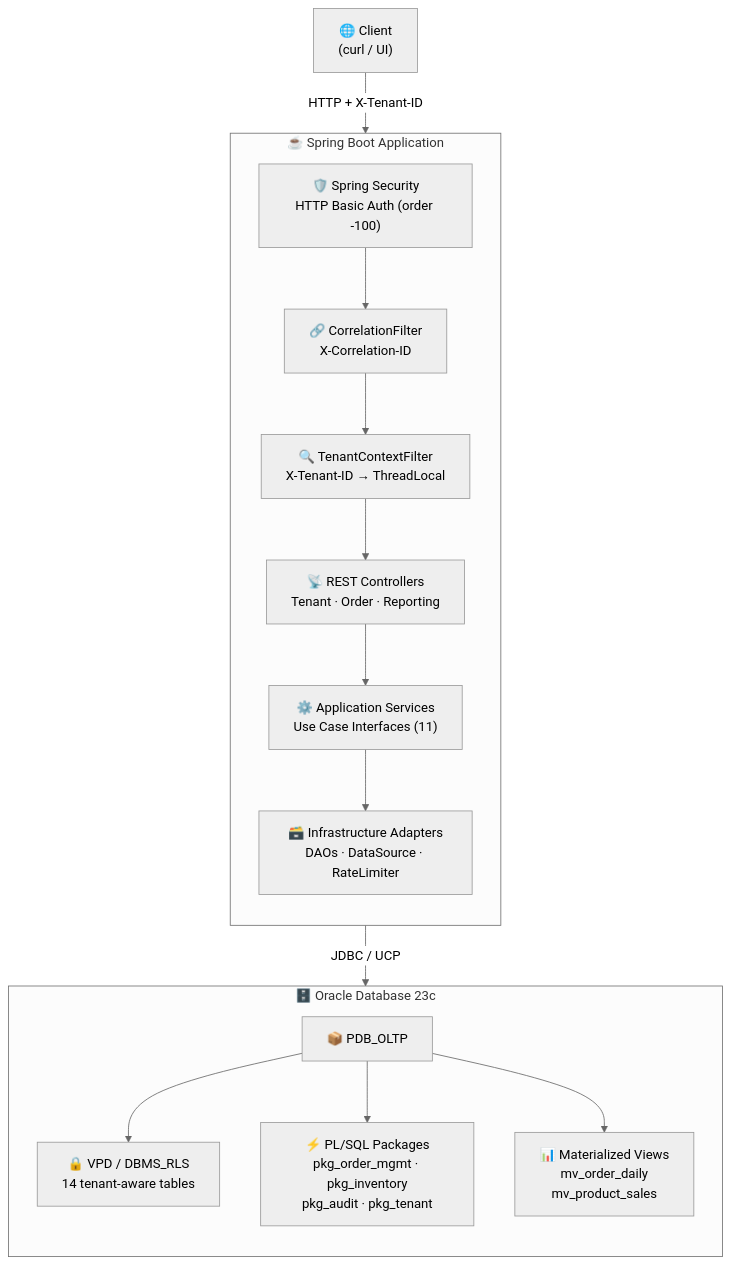
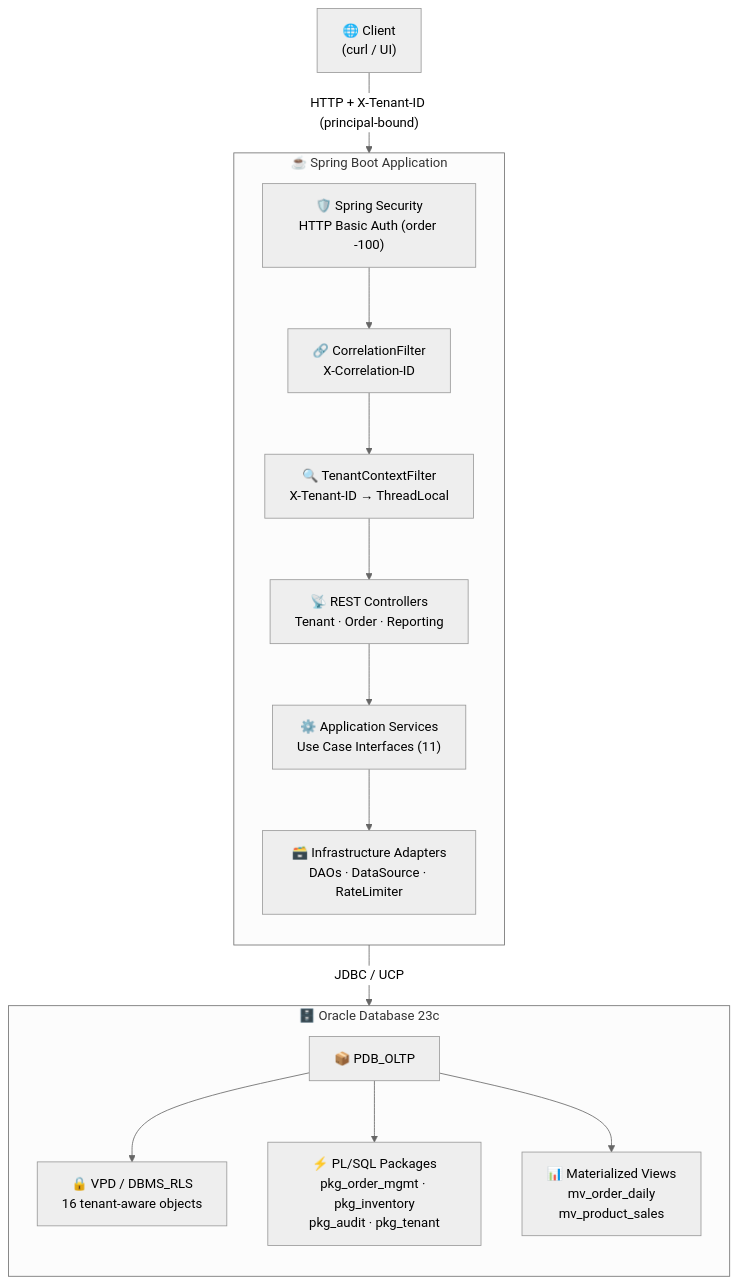
One commit to sergio11/oracle_multitenant_order_management_poc changed the first of 8 diagrams in README.md. Above: the diagram before and after it, drawn with Mermaid (neutral theme). The commit also changed other lines of this file and 169 other files, not shown here.

````diff
--- a/README.md
+++ b/README.md
@@ -30,34 +30,34 @@
 ```mermaid
 graph TB
     Client["🌐 Client<br/>(curl / UI)"]
 
     subgraph SpringBoot["☕ Spring Boot Application"]
         direction TB
         Security["🛡️ Spring Security<br/>HTTP Basic Auth (order -100)"]
         CorrelationFilter["🔗 CorrelationFilter<br/>X-Correlation-ID"]
         TenantFilter["🔍 TenantContextFilter<br/>X-Tenant-ID → ThreadLocal"]
 
         Controllers["📡 REST Controllers<br/>Tenant · Order · Reporting"]
         Services["⚙️ Application Services<br/>Use Case Interfaces (11)"]
         Adapters["🗃️ Infrastructure Adapters<br/>DAOs · DataSource · RateLimiter"]
     end
 
     subgraph Oracle["🗄️ Oracle Database 23c"]
         direction TB
         PDB["📦 PDB_OLTP"]
-        VPD["🔒 VPD / DBMS_RLS<br/>14 tenant-aware tables"]
+        VPD["🔒 VPD / DBMS_RLS<br/>16 tenant-aware objects"]
         PLSQL["⚡ PL/SQL Packages<br/>pkg_order_mgmt · pkg_inventory<br/>pkg_audit · pkg_tenant"]
         MV["📊 Materialized Views<br/>mv_order_daily<br/>mv_product_sales"]
     end
 
-    Client -->|"HTTP + X-Tenant-ID"| Security
+    Client -->|"HTTP + X-Tenant-ID (principal-bound)"| Security
     Security --> CorrelationFilter
     CorrelationFilter --> TenantFilter
     TenantFilter --> Controllers
     Controllers --> Services
     Services --> Adapters
     Adapters -->|"JDBC / UCP"| PDB
     PDB --> VPD
     PDB --> PLSQL
     PDB --> MV
 ```
````
